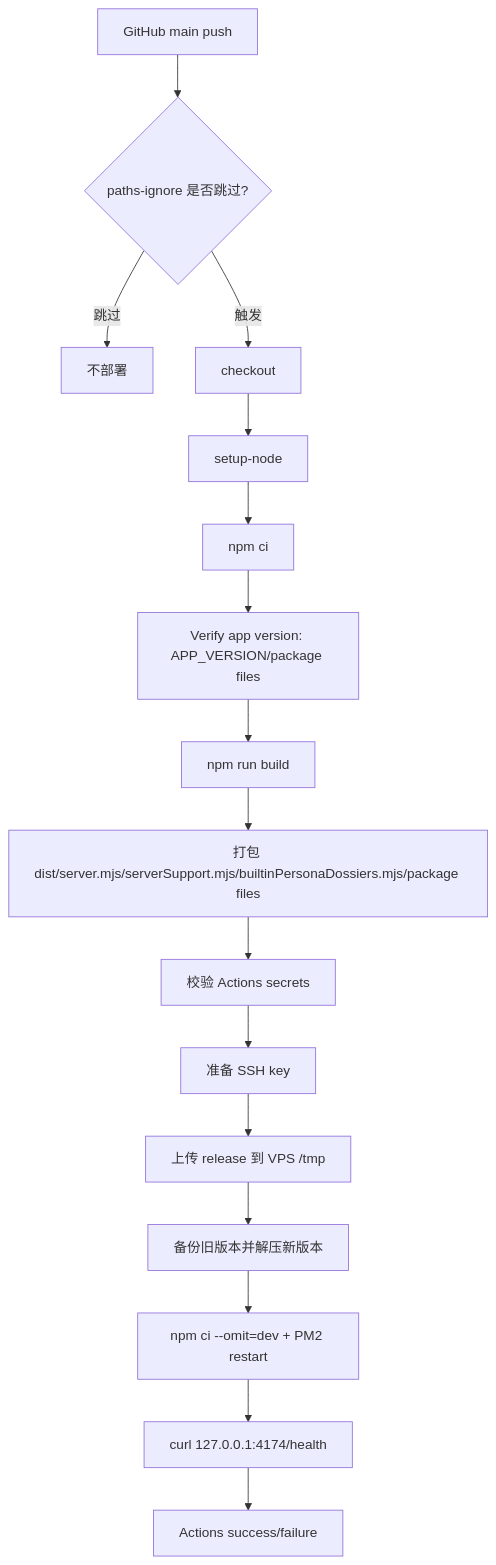
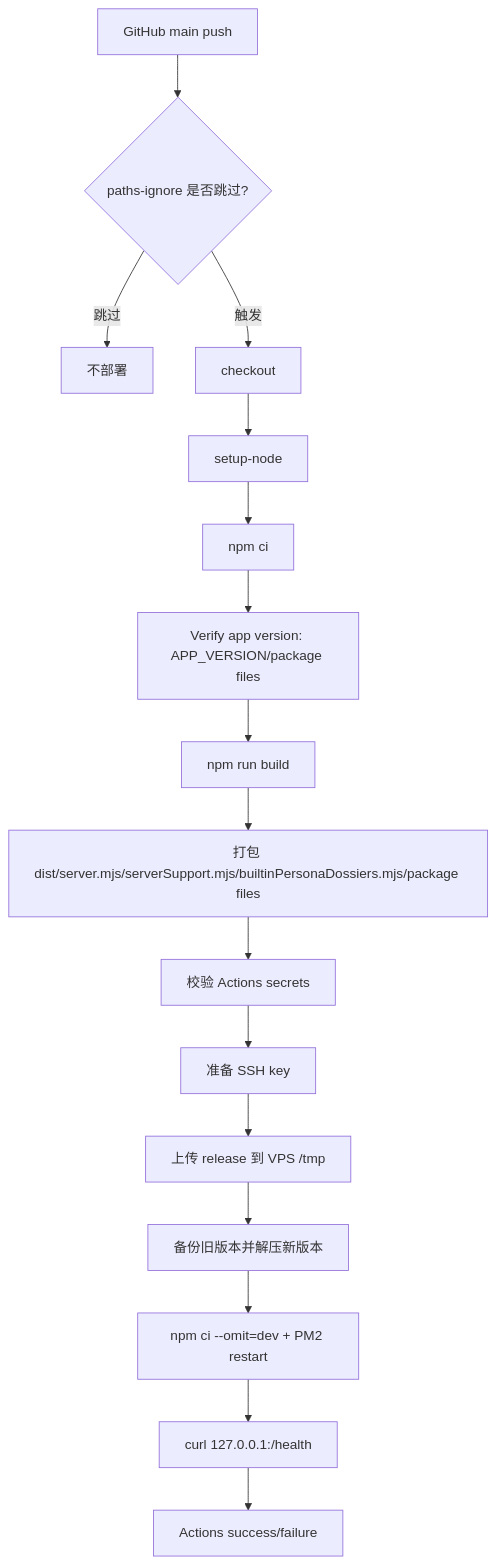
Before and after one commit to ttmanthatman/virtual-human-flow: diagram 28 of 30 in docs/SYSTEM_FLOW.md, drawn with Mermaid. The commit also changed other lines of this file and 8 other files, not shown here.

````diff
--- a/docs/SYSTEM_FLOW.md
+++ b/docs/SYSTEM_FLOW.md
@@ -617,18 +617,18 @@
 ```mermaid
 flowchart TD
     PUSH["GitHub main push"] --> FILTER{"paths-ignore 是否跳过?"}
     FILTER -- "跳过" --> END["不部署"]
     FILTER -- "触发" --> CHECKOUT["checkout"]
     CHECKOUT --> NODE["setup-node"]
     NODE --> INSTALL["npm ci"]
     INSTALL --> VERSION["Verify app version: APP_VERSION/package files"]
     VERSION --> BUILD["npm run build"]
     BUILD --> PACKAGE["打包 dist/server.mjs/serverSupport.mjs/builtinPersonaDossiers.mjs/package files"]
     PACKAGE --> SECRETS["校验 Actions secrets"]
     SECRETS --> SSH["准备 SSH key"]
     SSH --> UPLOAD["上传 release 到 VPS /tmp"]
     UPLOAD --> ACTIVATE["备份旧版本并解压新版本"]
     ACTIVATE --> PM2["npm ci --omit=dev + PM2 restart"]
-    PM2 --> HEALTH["curl 127.0.0.1:4174/health"]
+    PM2 --> HEALTH["curl 127.0.0.1:<production-port>/health"]
     HEALTH --> RESULT["Actions success/failure"]
 ```
````
